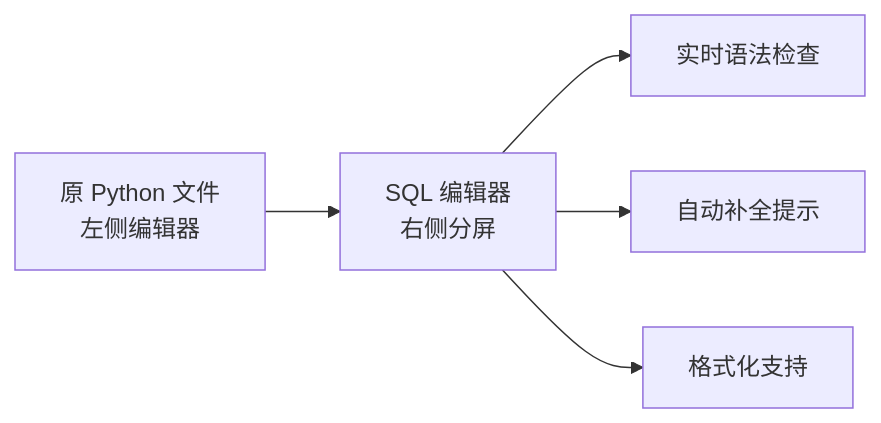
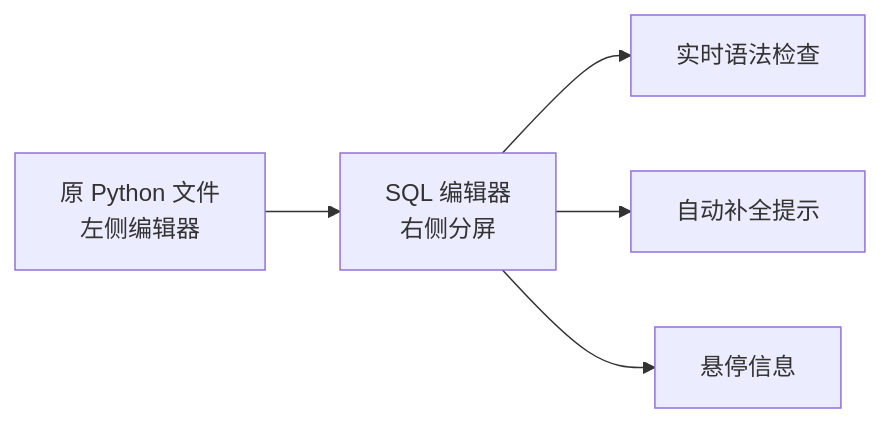
One commit to StrayDragon/sqlsugar changed the sixth of 8 diagrams in docs/plan/2025-08-09-MVP.md. Above: the diagram before and after it, drawn with Mermaid. The commit also changed other lines of this file and 6 other files, not shown here.

````diff
--- a/docs/plan/2025-08-09-MVP.md
+++ b/docs/plan/2025-08-09-MVP.md
@@ -183,7 +182,7 @@
 ```mermaid
 graph LR
     A[原 Python 文件<br/>左侧编辑器] --> B[SQL 编辑器<br/>右侧分屏]
     B --> C[实时语法检查]
     B --> D[自动补全提示]
-    B --> E[格式化支持]
+    B --> E[悬停信息]
 ```
````
